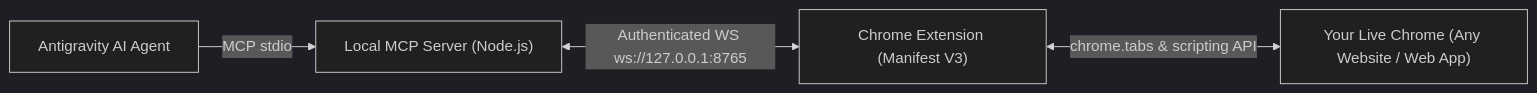
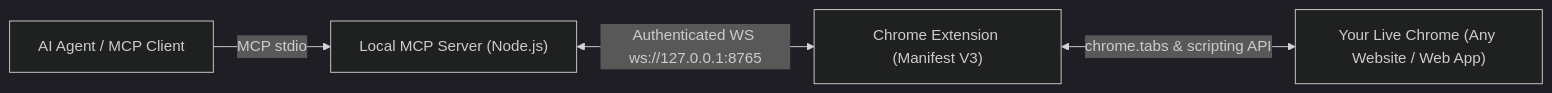
Before and after one commit to hashan-lakshitha/antigravity-browser-operator: the diagram in README.md, drawn with Mermaid (dark theme). The commit also changed other lines of this file and 15 other files, not shown here.

````diff
--- a/README.md
+++ b/README.md
@@ -11,6 +11,6 @@
 ```mermaid
 graph LR
-  A["Antigravity AI Agent"] -->|MCP stdio| B["Local MCP Server (Node.js)"]
+  A["AI Agent / MCP Client"] -->|MCP stdio| B["Local MCP Server (Node.js)"]
   B <-->|Authenticated WS ws://127.0.0.1:8765| C["Chrome Extension (Manifest V3)"]
   C <-->|chrome.tabs & scripting API| D["Your Live Chrome (Any Website / Web App)"]
 ```
````
